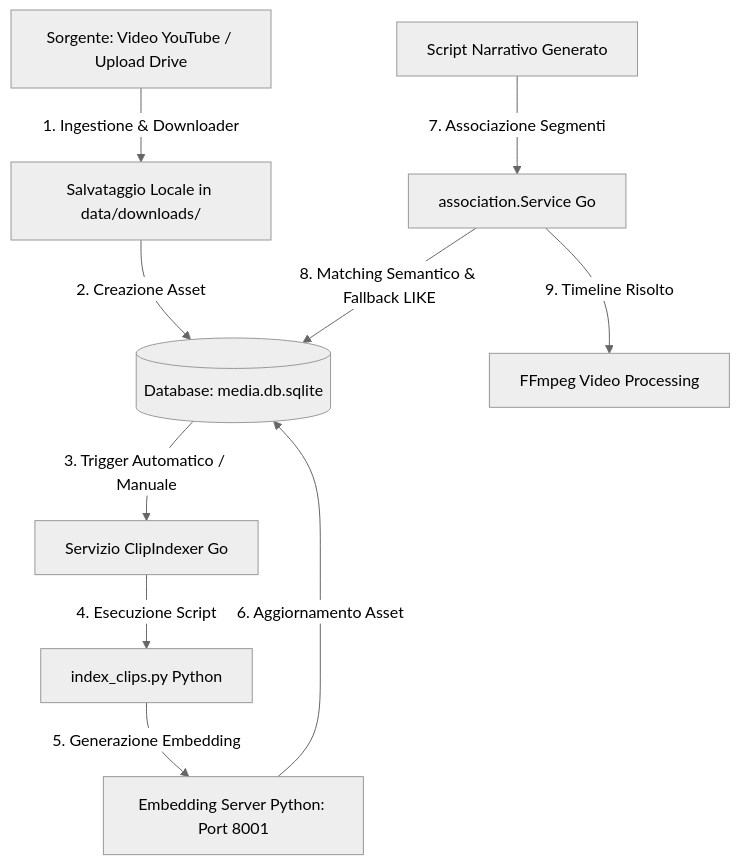
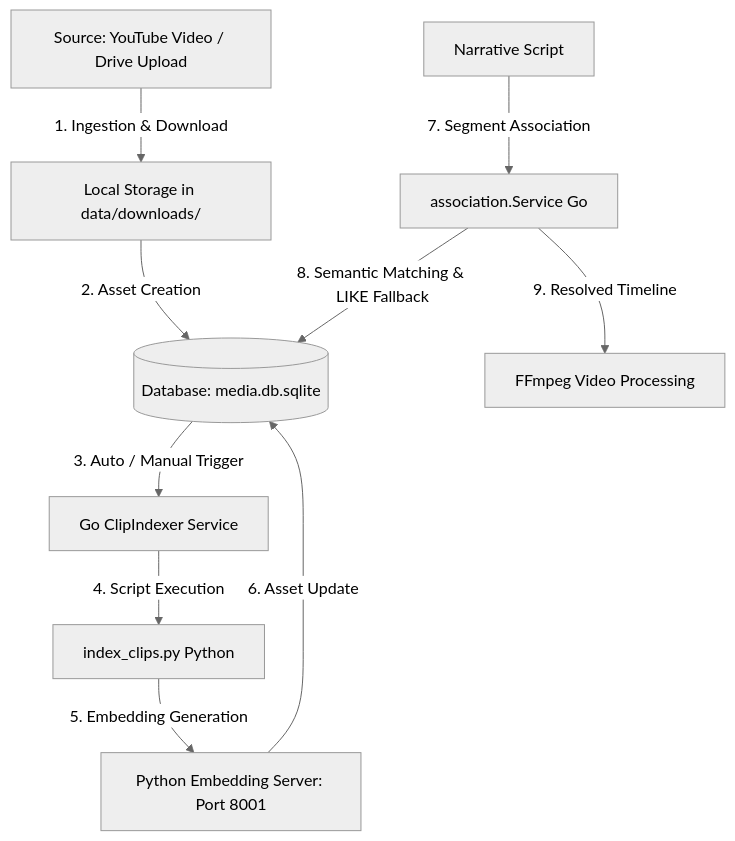
One commit to Marcuss-ops/PipelineGen changed the diagram in docs/drive-clips-integration.md. Above: the diagram before and after it, drawn with Mermaid (neutral theme). The commit also changed other lines of this file and 16 other files, not shown here.

````diff
--- a/docs/drive-clips-integration.md
+++ b/docs/drive-clips-integration.md
@@ -11,12 +11,12 @@
 ```mermaid
 graph TD
-    A[Sorgente: Video YouTube / Upload Drive] -->|1. Ingestione & Downloader| B[Salvataggio Locale in data/downloads/]
-    B -->|2. Creazione Asset| C[(Database: media.db.sqlite)]
-    C -->|3. Trigger Automatico / Manuale| D[Servizio ClipIndexer Go]
-    D -->|4. Esecuzione Script| E[index_clips.py Python]
-    E -->|5. Generazione Embedding| F[Embedding Server Python: Port 8001]
-    F -->|6. Aggiornamento Asset| C
-    G[Script Narrativo Generato] -->|7. Associazione Segmenti| H[association.Service Go]
-    H -->|8. Matching Semantico & Fallback LIKE| C
-    H -->|9. Timeline Risolto| I[FFmpeg Video Processing]
+    A[Source: YouTube Video / Drive Upload] -->|1. Ingestion & Download| B[Local Storage in data/downloads/]
+    B -->|2. Asset Creation| C[(Database: media.db.sqlite)]
+    C -->|3. Auto / Manual Trigger| D[Go ClipIndexer Service]
+    D -->|4. Script Execution| E[index_clips.py Python]
+    E -->|5. Embedding Generation| F[Python Embedding Server: Port 8001]
+    F -->|6. Asset Update| C
+    G[Narrative Script] -->|7. Segment Association| H[association.Service Go]
+    H -->|8. Semantic Matching & LIKE Fallback| C
+    H -->|9. Resolved Timeline| I[FFmpeg Video Processing]
 ```
````
